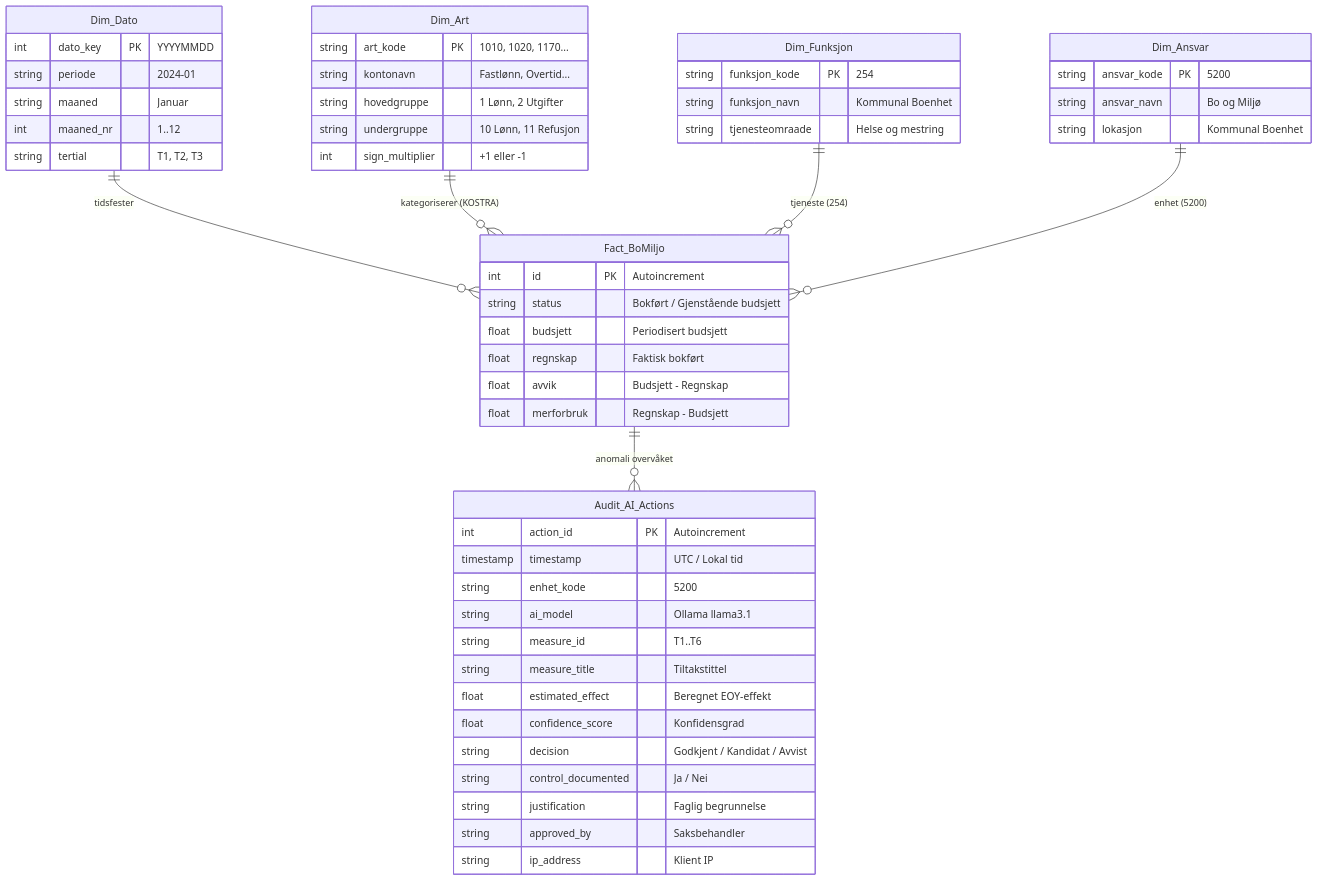
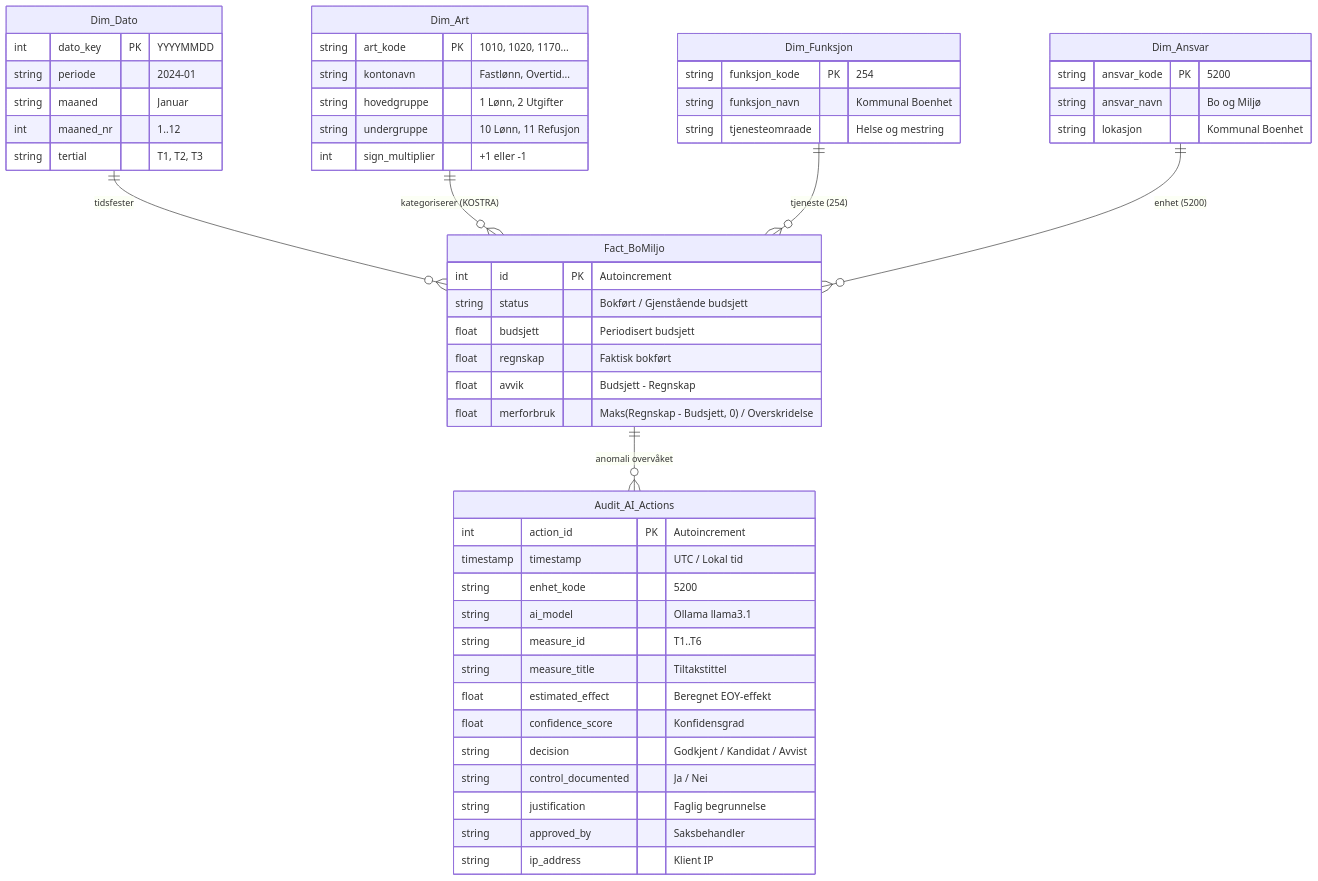
The second of 4 diagrams in mvp-pilot/README.md (Frank-Ellingsen/AI_KOM), drawn with Mermaid before and after one commit. The commit also changed 68 other files, not shown here.

````diff
--- a/mvp-pilot/README.md
+++ b/mvp-pilot/README.md
@@ -137,61 +137,61 @@
 ```mermaid
 erDiagram
     Dim_Dato ||--o{ Fact_BoMiljo : "tidsfester"
     Dim_Art ||--o{ Fact_BoMiljo : "kategoriserer (KOSTRA)"
     Dim_Funksjon ||--o{ Fact_BoMiljo : "tjeneste (254)"
     Dim_Ansvar ||--o{ Fact_BoMiljo : "enhet (5200)"
     Fact_BoMiljo ||--o{ Audit_AI_Actions : "anomali overvåket"
 
     Dim_Dato {
         int dato_key PK "YYYYMMDD"
         string periode "2024-01"
         string maaned "Januar"
         int maaned_nr "1..12"
         string tertial "T1, T2, T3"
     }
 
     Dim_Art {
         string art_kode PK "1010, 1020, 1170..."
         string kontonavn "Fastlønn, Overtid..."
         string hovedgruppe "1 Lønn, 2 Utgifter"
         string undergruppe "10 Lønn, 11 Refusjon"
         int sign_multiplier "+1 eller -1"
     }
 
     Dim_Funksjon {
         string funksjon_kode PK "254"
         string funksjon_navn "Kommunal Boenhet"
         string tjenesteomraade "Helse og mestring"
     }
 
     Dim_Ansvar {
         string ansvar_kode PK "5200"
         string ansvar_navn "Bo og Miljø"
         string lokasjon "Kommunal Boenhet"
     }
 
     Fact_BoMiljo {
         int id PK "Autoincrement"
         string status "Bokført / Gjenstående budsjett"
         float budsjett "Periodisert budsjett"
         float regnskap "Faktisk bokført"
         float avvik "Budsjett - Regnskap"
-        float merforbruk "Regnskap - Budsjett"
+        float merforbruk "Maks(Regnskap - Budsjett, 0) / Overskridelse"
     }
 
     Audit_AI_Actions {
         int action_id PK "Autoincrement"
         timestamp timestamp "UTC / Lokal tid"
         string enhet_kode "5200"
         string ai_model "Ollama llama3.1"
         string measure_id "T1..T6"
         string measure_title "Tiltakstittel"
         float estimated_effect "Beregnet EOY-effekt"
         float confidence_score "Konfidensgrad"
         string decision "Godkjent / Kandidat / Avvist"
         string control_documented "Ja / Nei"
         string justification "Faglig begrunnelse"
         string approved_by "Saksbehandler"
         string ip_address "Klient IP"
     }
 ```
````
